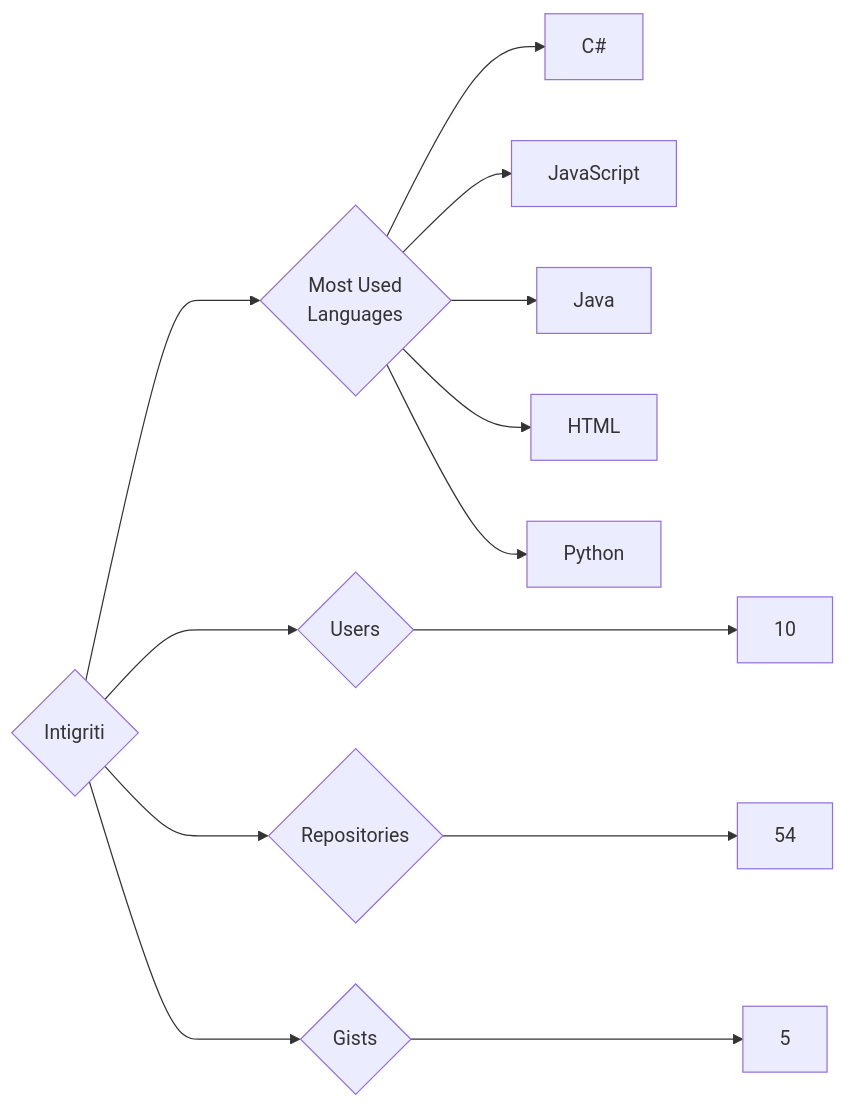
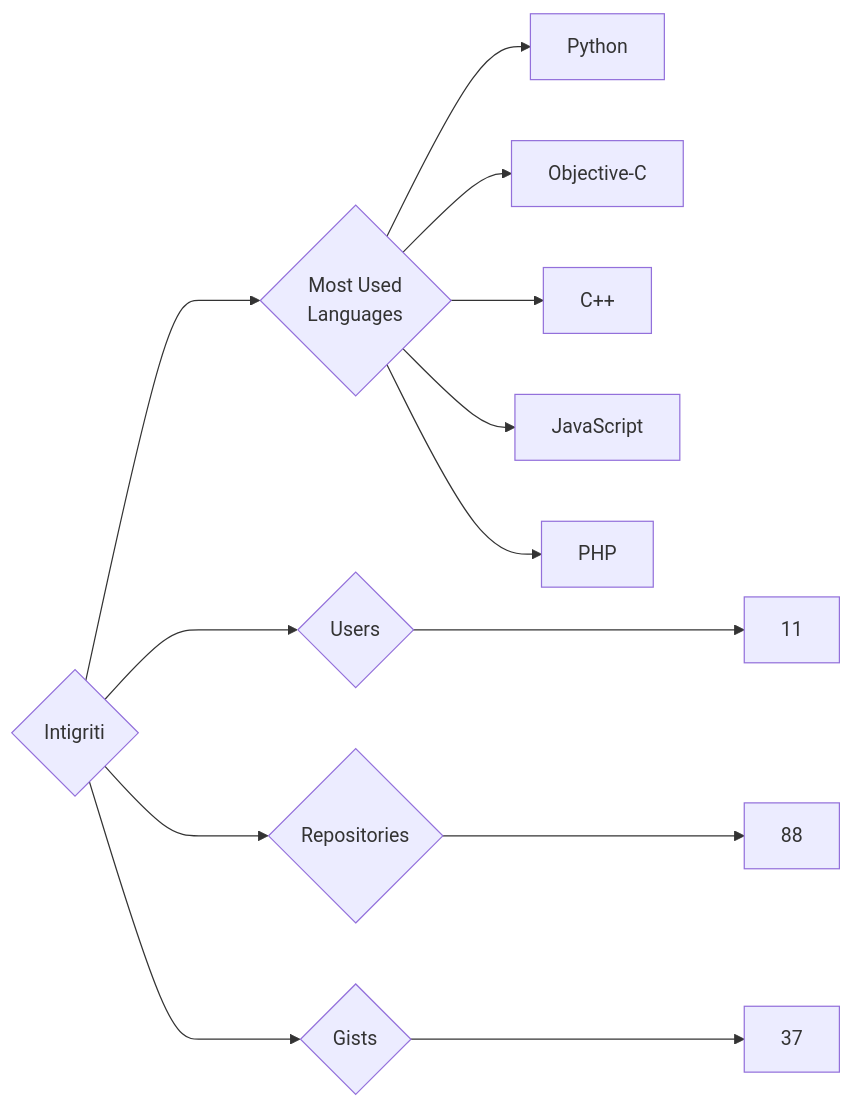
One commit to trickest/insiders changed the diagram in targets/Intigriti/README.md. Above: the diagram before and after it, drawn with Mermaid. The commit also changed 826 other files, not shown here.

````diff
--- a/targets/Intigriti/README.md
+++ b/targets/Intigriti/README.md
@@ -3,13 +3,13 @@
 ```mermaid
 graph LR
 COMPANY_NAME{Intigriti}
-COMPANY_NAME ---> U{Users} ---> UN[10]
-COMPANY_NAME ---> R{Repositories} ---> RN[54]
-COMPANY_NAME ---> G{Gists} ---> GN[5]
+COMPANY_NAME ---> U{Users} ---> UN[11]
+COMPANY_NAME ---> R{Repositories} ---> RN[88]
+COMPANY_NAME ---> G{Gists} ---> GN[37]
 COMPANY_NAME ---> ML{Most Used<br>Languages}
-ML --> C#[C#]
+ML --> Python[Python]
+ML --> Objective-C[Objective-C]
+ML --> C++[C++]
 ML --> JavaScript[JavaScript]
-ML --> Java[Java]
-ML --> HTML[HTML]
-ML --> Python[Python]
+ML --> PHP[PHP]
 ```
````
